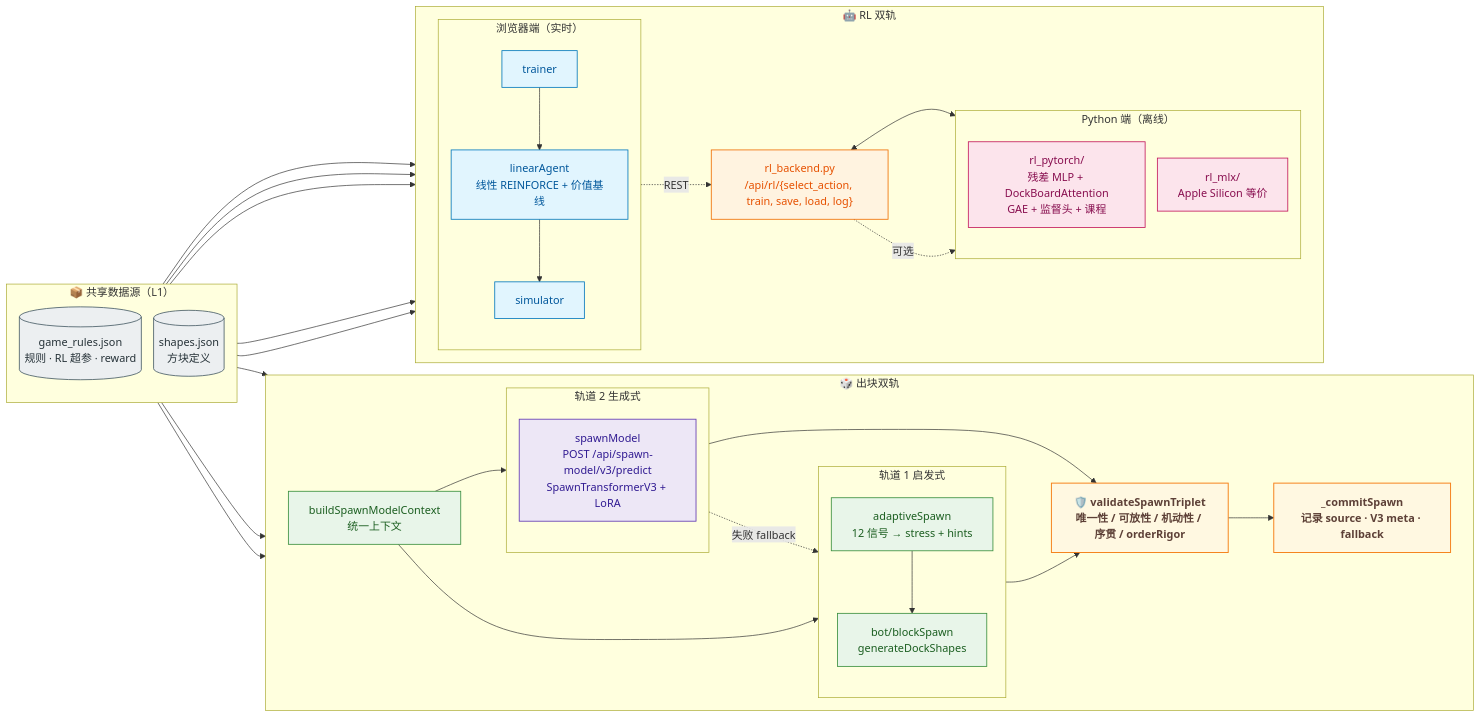
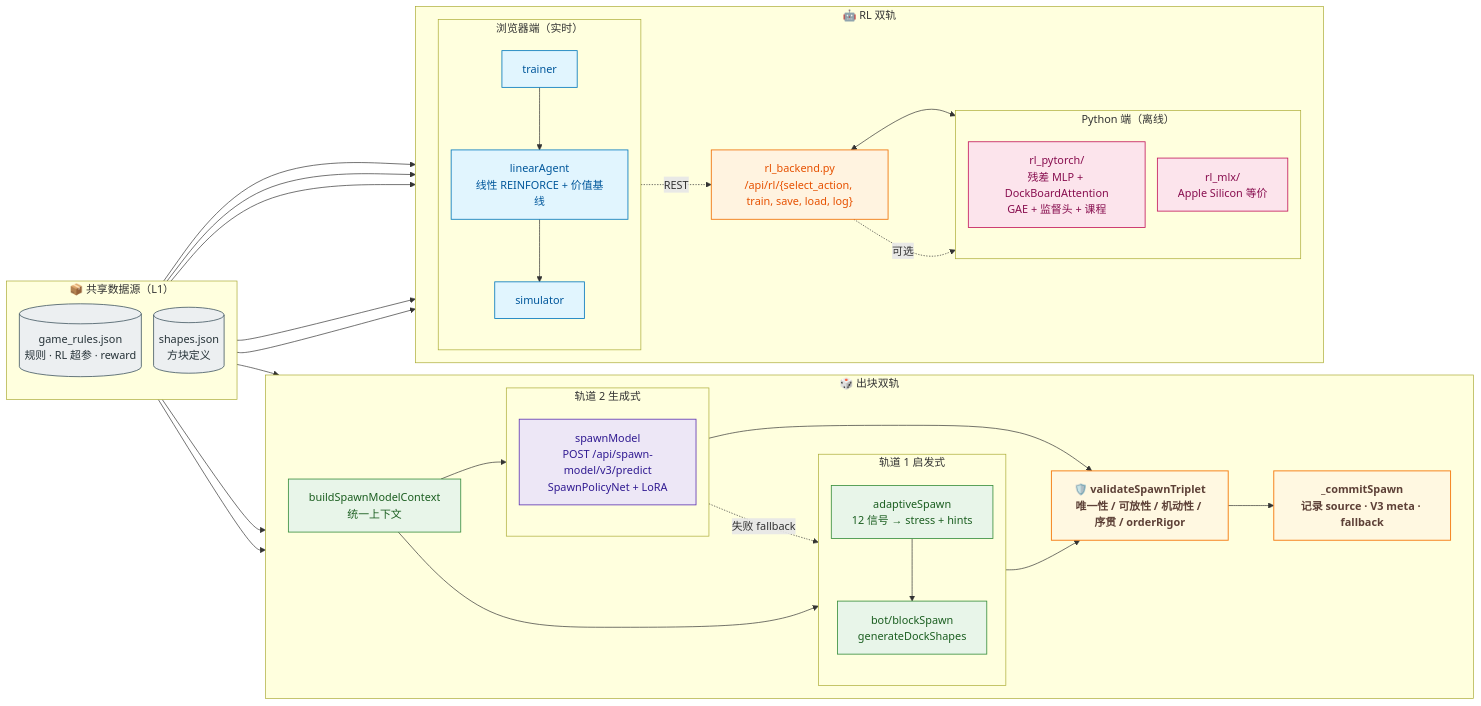
One commit to btbujiangjun/openblock changed the seventh of 11 diagrams in docs/architecture/SYSTEM_ARCHITECTURE_DIAGRAMS.md. Above: the diagram before and after it, drawn with Mermaid. The commit also changed 45 other files, not shown here.

````diff
--- a/docs/architecture/SYSTEM_ARCHITECTURE_DIAGRAMS.md
+++ b/docs/architecture/SYSTEM_ARCHITECTURE_DIAGRAMS.md
@@ -555,82 +555,82 @@
 ```mermaid
 ---
 config:
   flowchart:
     nodeSpacing: 18
     rankSpacing: 42
     htmlLabels: true
     curve: basis
 ---
 flowchart LR
   classDef data    fill:#eceff1,stroke:#455a64,color:#263238,stroke-width:1.2px
   classDef heur    fill:#e8f5e9,stroke:#388e3c,color:#1b5e20,stroke-width:1.2px
   classDef gen     fill:#ede7f6,stroke:#5e35b1,color:#311b92,stroke-width:1.2px
   classDef gate    fill:#fff8e1,stroke:#f57f17,color:#5d4037,stroke-width:1.4px,font-weight:bold
   classDef rlBro   fill:#e1f5fe,stroke:#0277bd,color:#01579b,stroke-width:1.2px
   classDef rlPy    fill:#fce4ec,stroke:#c2185b,color:#880e4f,stroke-width:1.2px
   classDef rlSvc   fill:#fff3e0,stroke:#ef6c00,color:#e65100,stroke-width:1.2px
 
   subgraph DATA["📦 共享数据源（L1）"]
     direction TB
     rulesJson[("game_rules.json<br/>规则 · RL 超参 · reward")]:::data
     shapesJson[("shapes.json<br/>方块定义")]:::data
   end
 
   subgraph SPAWN["🎲 出块双轨"]
     direction LR
     spawnCtx["buildSpawnModelContext<br/>统一上下文"]:::heur
     subgraph TH["轨道 1 启发式"]
       direction TB
       adaptive["adaptiveSpawn<br/>12 信号 → stress + hints"]:::heur
       blockSpawn["bot/blockSpawn<br/>generateDockShapes"]:::heur
     end
     subgraph TG["轨道 2 生成式"]
       direction TB
-      v3["spawnModel<br/>POST /api/spawn-model/v3/predict<br/>SpawnTransformerV3 + LoRA"]:::gen
+      v3["spawnModel<br/>POST /api/spawn-model/v3/predict<br/>SpawnPolicyNet + LoRA"]:::gen
     end
     guard["🛡️ validateSpawnTriplet<br/>唯一性 / 可放性 / 机动性 / 序贯 / orderRigor"]:::gate
     commit["_commitSpawn<br/>记录 source · V3 meta · fallback"]:::gate
   end
 
   subgraph RL["🤖 RL 双轨"]
     direction LR
     subgraph RLB["浏览器端（实时）"]
       direction TB
       linearAgent["linearAgent<br/>线性 REINFORCE + 价值基线"]:::rlBro
       browserTrainer["trainer"]:::rlBro
       simulator["simulator"]:::rlBro
     end
     rlBackendNode["rl_backend.py<br/>/api/rl/{select_action, train, save, load, log}"]:::rlSvc
     subgraph RLP["Python 端（离线）"]
       direction TB
       rlPytorch["rl_pytorch/<br/>残差 MLP + DockBoardAttention<br/>GAE + 监督头 + 课程"]:::rlPy
       rlMlx["rl_mlx/<br/>Apple Silicon 等价"]:::rlPy
     end
   end
 
   %% 出块双轨主流程
   spawnCtx --> adaptive
   spawnCtx --> v3
   adaptive --> blockSpawn
   blockSpawn --> guard
   v3 --> guard
   v3 -. 失败 fallback .-> blockSpawn
   guard --> commit
 
   %% L1 数据源 → 各 consumer
   rulesJson --> adaptive
   rulesJson --> blockSpawn
   rulesJson --> rlPytorch
   rulesJson --> rlMlx
   rulesJson --> linearAgent
   shapesJson --> blockSpawn
   shapesJson --> rlPytorch
   shapesJson --> rlMlx
 
   %% RL 双轨内部
   browserTrainer --> linearAgent
   linearAgent --> simulator
   linearAgent -. REST .-> rlBackendNode
   rlBackendNode <--> rlPytorch
   rlBackendNode -. 可选 .-> rlMlx
 ```
````
